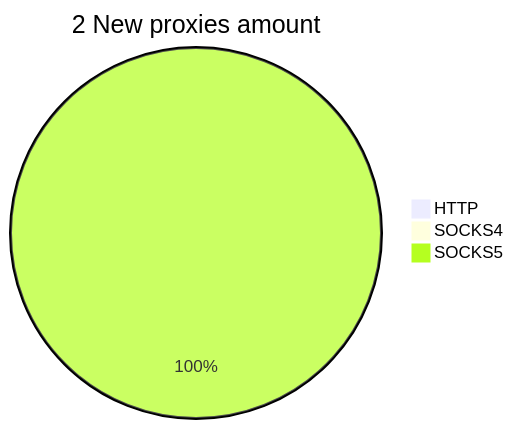
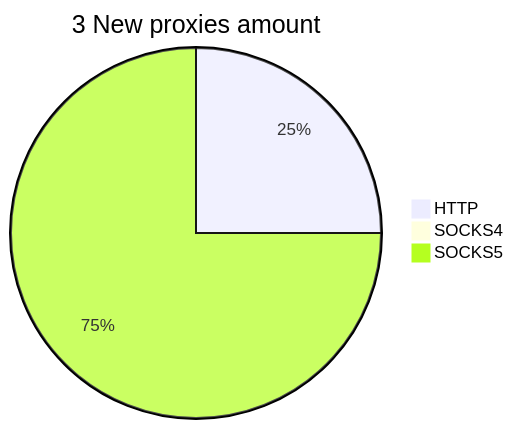
Before and after one commit to cutipu/proxylist: the second of 2 diagrams in README.md, drawn with Mermaid. The commit also changed other lines of this file, not shown here.

````diff
--- a/README.md
+++ b/README.md
@@ -10,6 +10,6 @@
 ```mermaid
-pie title 2 New proxies amount
-    "HTTP" : 0
+pie title 3 New proxies amount
+    "HTTP" : 1
     "SOCKS4" : 0
-    "SOCKS5" : 5
+    "SOCKS5" : 3
 ```
````
